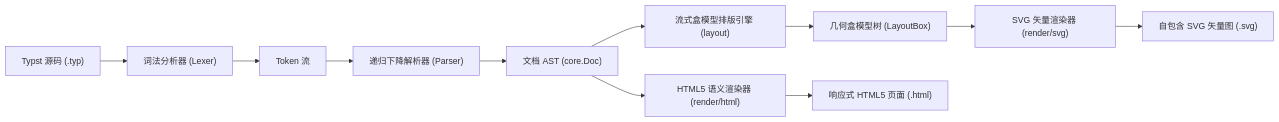
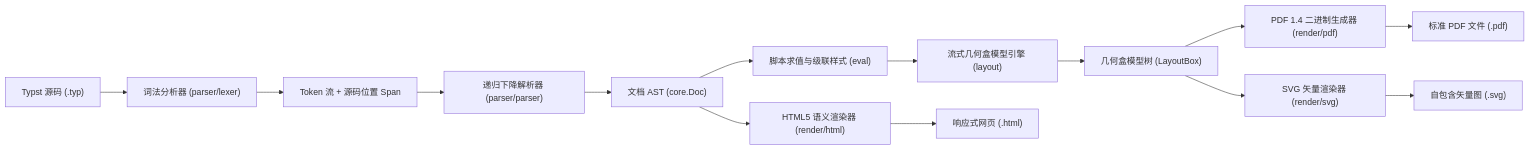
Before and after one commit to Lxxbv/moon-typst: the diagram in README.md, drawn with Mermaid. The commit also changed other lines of this file and 3 other files, not shown here.

Commit message:
docs: update documentation, architecture specs, and development log for v0.2.0

````diff
--- a/README.md
+++ b/README.md
@@ -37,13 +38,16 @@
 ```mermaid
 flowchart LR
-    A["Typst 源码 (.typ)"] --> B["词法分析器 (Lexer)"]
-    B --> C["Token 流"]
-    C --> D["递归下降解析器 (Parser)"]
+    A["Typst 源码 (.typ)"] --> B["词法分析器 (parser/lexer)"]
+    B --> C["Token 流 + 源码位置 Span"]
+    C --> D["递归下降解析器 (parser/parser)"]
     D --> E["文档 AST (core.Doc)"]
-    E --> F["流式盒模型排版引擎 (layout)"]
-    F --> G["几何盒模型树 (LayoutBox)"]
-    G --> H["SVG 矢量渲染器 (render/svg)"]
-    E --> I["HTML5 语义渲染器 (render/html)"]
-    H --> J["自包含 SVG 矢量图 (.svg)"]
-    I --> K["响应式 HTML5 页面 (.html)"]
+    E --> F["脚本求值与级联样式 (eval)"]
+    F --> G["流式几何盒模型引擎 (layout)"]
+    G --> H["几何盒模型树 (LayoutBox)"]
+    H --> I["PDF 1.4 二进制生成器 (render/pdf)"]
+    H --> J["SVG 矢量渲染器 (render/svg)"]
+    E --> K["HTML5 语义渲染器 (render/html)"]
+    I --> L["标准 PDF 文件 (.pdf)"]
+    J --> M["自包含矢量图 (.svg)"]
+    K --> N["响应式网页 (.html)"]
 ```
````
